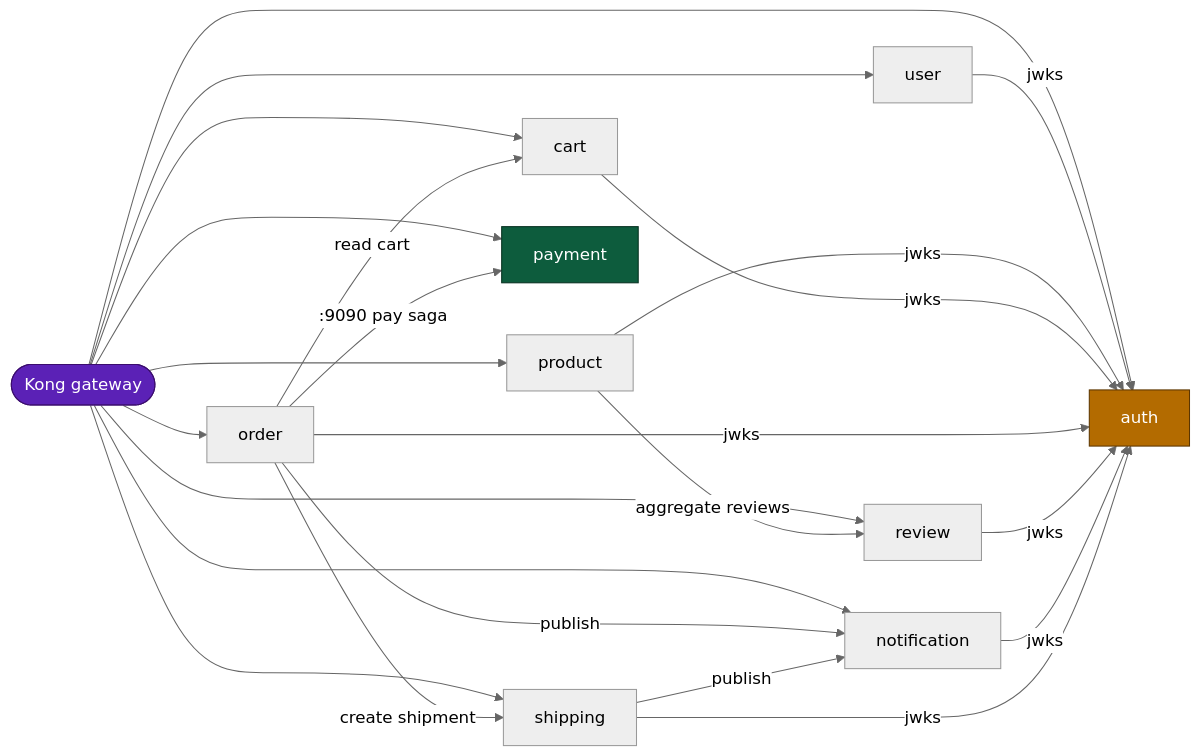
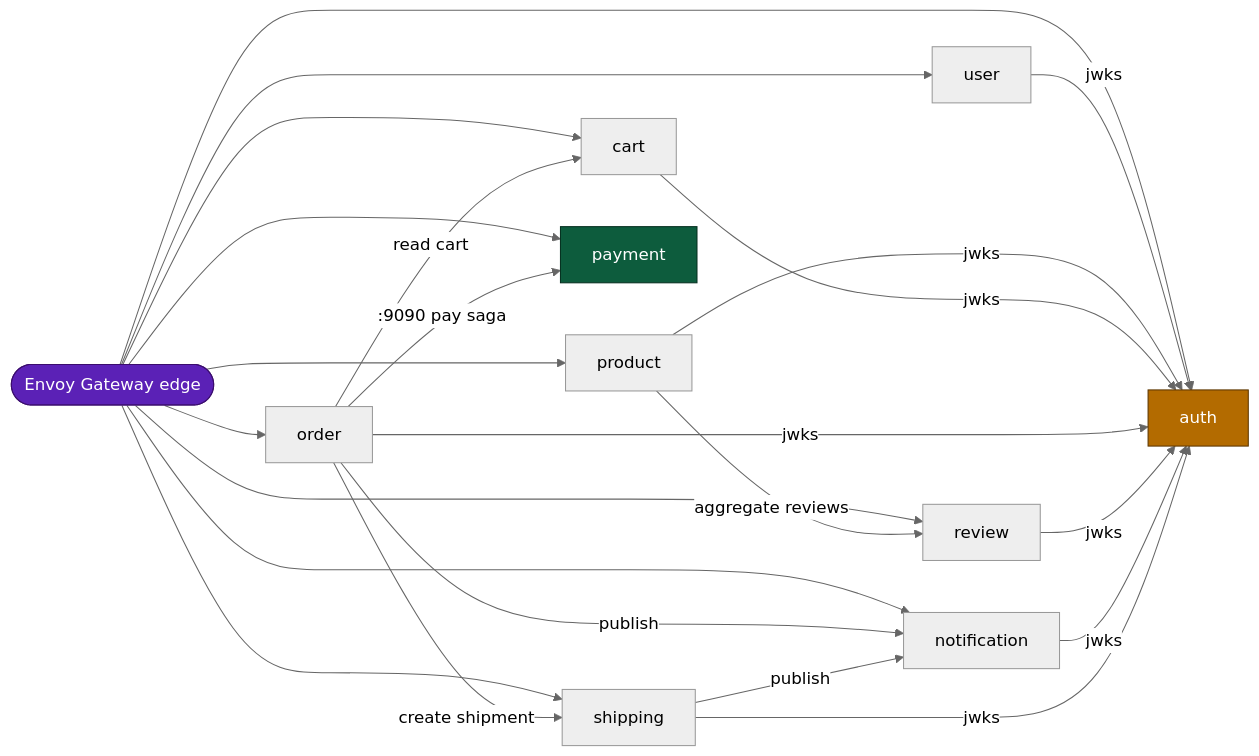
Before and after one commit to duynhlab/homelab: the second of 3 diagrams in docs/security/network-policies.md, drawn with Mermaid (neutral theme). The commit also changed other lines of this file and 82 other files, not shown here.

First line of the commit message:
Delete the Kong edge and make Envoy Gateway the only one

````diff
--- a/docs/security/network-policies.md
+++ b/docs/security/network-policies.md
@@ -106,31 +107,31 @@
 ```mermaid
 flowchart LR
-    KONG([Kong gateway]):::gw
+    EDGE([Envoy Gateway edge]):::gw
     AUTH[auth]:::hub
     USER[user]
     PRODUCT[product]
     CART[cart]
     ORDER[order]
     REVIEW[review]
     NOTIF[notification]
     SHIP[shipping]
     PAYMENT[payment]:::pay
 
     %% North-south: gateway may reach every service
-    KONG --> AUTH & USER & PRODUCT & CART & ORDER & REVIEW & NOTIF & SHIP & PAYMENT
+    EDGE --> AUTH & USER & PRODUCT & CART & ORDER & REVIEW & NOTIF & SHIP & PAYMENT
 
     %% JWKS hub: the original eight services → auth /auth/v1/public/auth/jwks (cached fetch)
     USER & PRODUCT & CART & ORDER & REVIEW & NOTIF & SHIP -->|"jwks"| AUTH
 
     %% Business east-west
     PRODUCT -->|aggregate reviews| REVIEW
     ORDER -->|read cart| CART
     ORDER -->|create shipment| SHIP
     ORDER -->|publish| NOTIF
     SHIP -->|publish| NOTIF
     ORDER -->|":9090 pay saga"| PAYMENT
 
     classDef gw fill:#5b21b6,color:#fff,stroke:#3b0d6e
     classDef hub fill:#b36b00,color:#fff,stroke:#5c3600
     classDef pay fill:#0d5c3d,color:#fff,stroke:#063020
 ```
````
